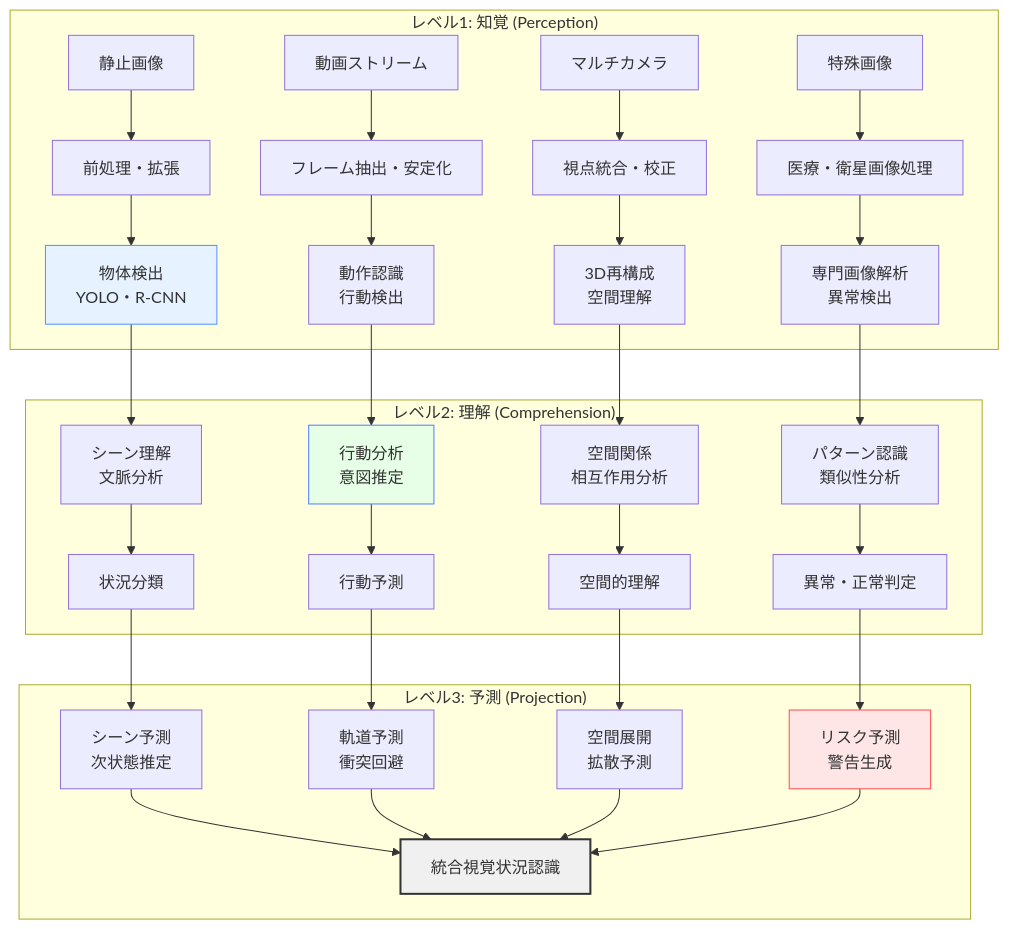
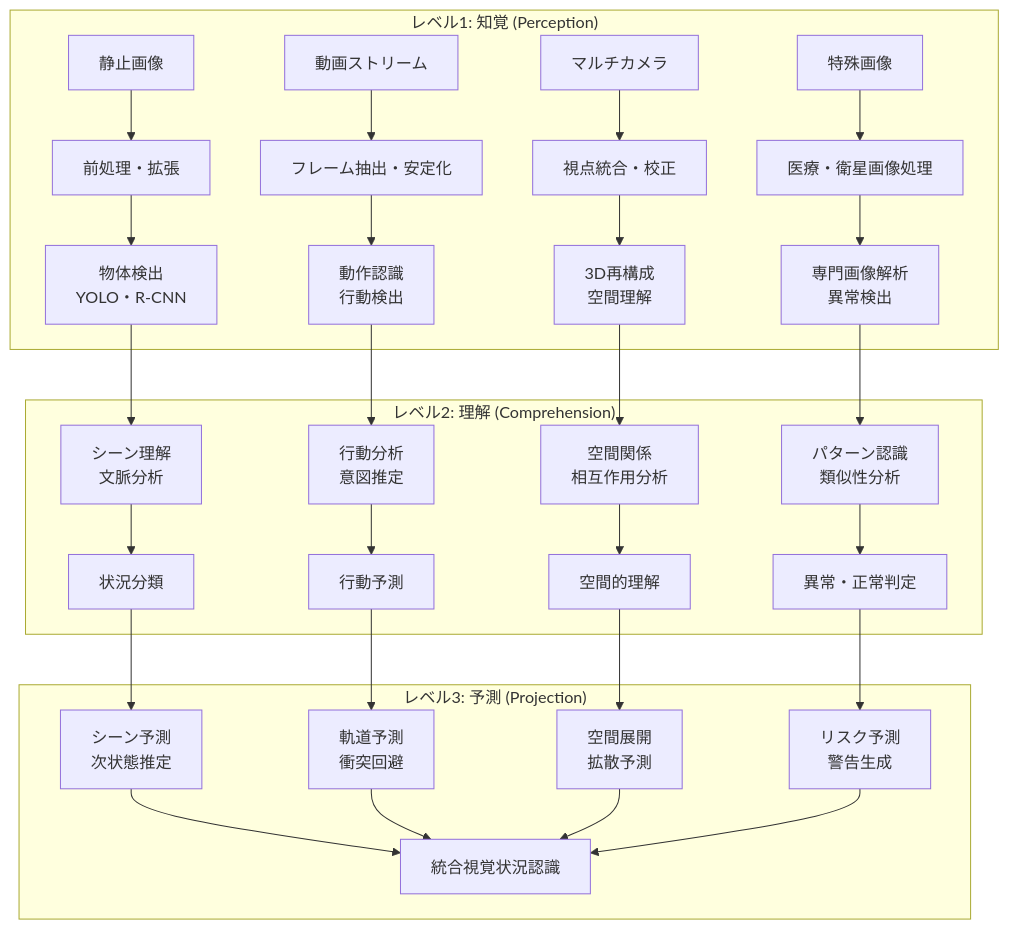
Before and after one commit to shuji-bonji/Situational-Awareness-and-Decision-Making: the diagram in docs/ai-and-future/computer-vision.md, drawn with Mermaid. The commit also changed 49 other files, not shown here.

Commit message:
fix: ダークモードで見づらい図の色の変更

````diff
--- a/docs/ai-and-future/computer-vision.md
+++ b/docs/ai-and-future/computer-vision.md
@@ -22,43 +22,38 @@
 ```mermaid
 graph TD
     subgraph "レベル1: 知覚 (Perception)"
         A1[静止画像] --> B1[前処理・拡張]
         A2[動画ストリーム] --> B2[フレーム抽出・安定化]
         A3[マルチカメラ] --> B3[視点統合・校正]
         A4[特殊画像] --> B4[医療・衛星画像処理]
         
         B1 --> C1[物体検出<br/>YOLO・R-CNN]
         B2 --> C2[動作認識<br/>行動検出]
         B3 --> C3[3D再構成<br/>空間理解]
         B4 --> C4[専門画像解析<br/>異常検出]
     end
     
     subgraph "レベル2: 理解 (Comprehension)"
         C1 --> D1[シーン理解<br/>文脈分析]
         C2 --> D2[行動分析<br/>意図推定]
         C3 --> D3[空間関係<br/>相互作用分析]
         C4 --> D4[パターン認識<br/>類似性分析]
         
         D1 --> E1[状況分類]
         D2 --> E2[行動予測]
         D3 --> E3[空間的理解]
         D4 --> E4[異常・正常判定]
     end
     
     subgraph "レベル3: 予測 (Projection)"
         E1 --> F1[シーン予測<br/>次状態推定]
         E2 --> F2[軌道予測<br/>衝突回避]
         E3 --> F3[空間展開<br/>拡散予測]
         E4 --> F4[リスク予測<br/>警告生成]
         
         F1 --> G[統合視覚状況認識]
         F2 --> G
         F3 --> G
         F4 --> G
     end
-    
-    style C1 fill:#e6f2ff,stroke:#4d94ff
-    style D2 fill:#e6ffe6,stroke:#4d7fff
-    style F4 fill:#ffe6e6,stroke:#ff4d4d
-    style G fill:#f0f0f0,stroke:#333,stroke-width:2px
 ```
````
